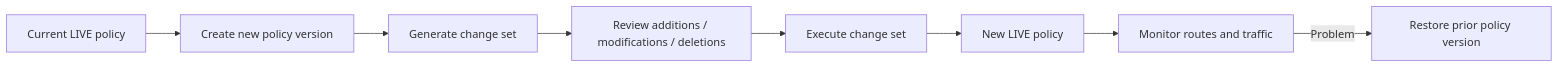
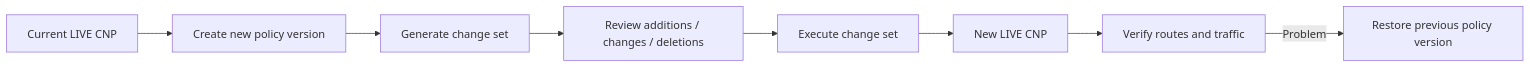
Before and after one commit to ccaiccie/knowledge: the second of 9 diagrams in 09-05-26-09-57_AWS_Cloud_WAN_Comprehensive_Study_Guide.md, drawn with Mermaid. The commit also changed other lines of this file, not shown here.

````diff
--- a/09-05-26-09-57_AWS_Cloud_WAN_Comprehensive_Study_Guide.md
+++ b/09-05-26-09-57_AWS_Cloud_WAN_Comprehensive_Study_Guide.md
@@ -298,10 +339,10 @@
 ```mermaid
 flowchart LR
-    A["Current LIVE policy"] --> B["Create new policy version"]
+    A["Current LIVE CNP"] --> B["Create new policy version"]
     B --> C["Generate change set"]
-    C --> D["Review additions / modifications / deletions"]
+    C --> D["Review additions / changes / deletions"]
     D --> E["Execute change set"]
-    E --> F["New LIVE policy"]
-    F --> G["Monitor routes and traffic"]
-    G -->|Problem| H["Restore prior policy version"]
+    E --> F["New LIVE CNP"]
+    F --> G["Verify routes and traffic"]
+    G -->|Problem| H["Restore previous policy version"]
 ```
````
